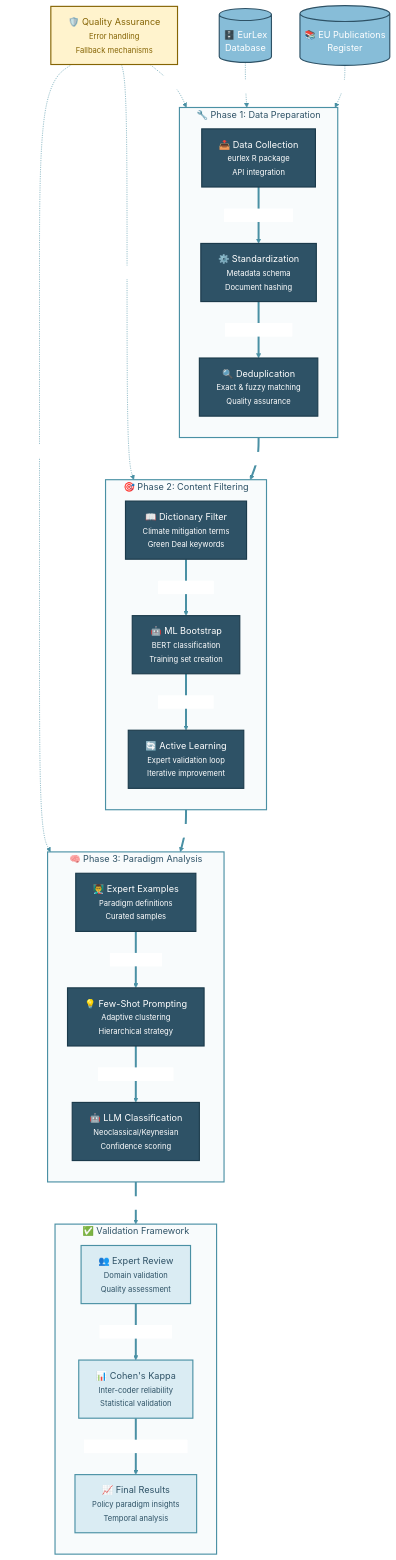
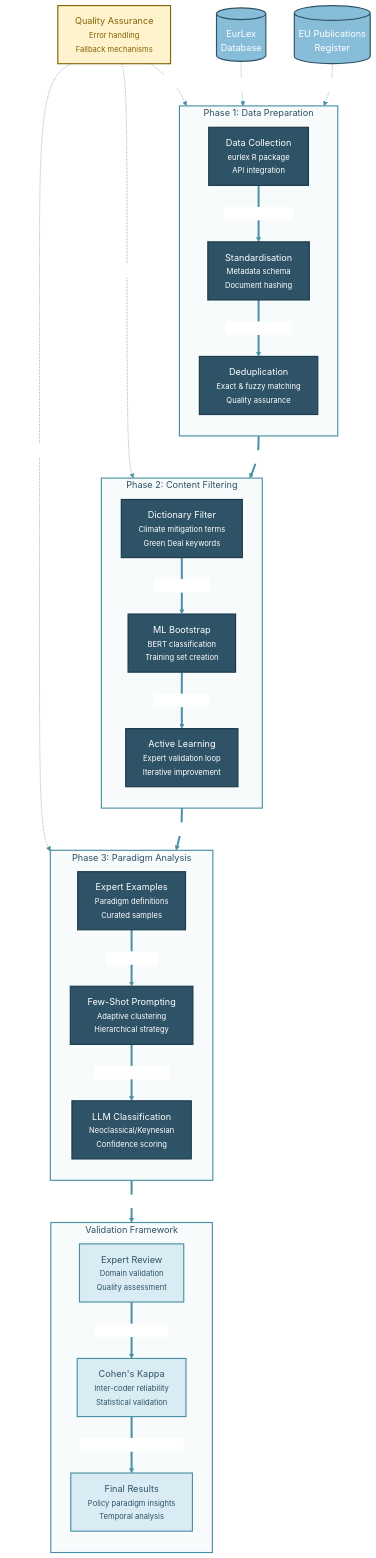
One commit to knutley/personal_AdJUST changed the diagram in docs/workflow.mmd. Above: the diagram before and after it, drawn with Mermaid.

```diff
--- a/docs/workflow.mmd
+++ b/docs/workflow.mmd
@@ -1,95 +1,95 @@
 %%{init: {
     'theme': 'base',
     'themeVariables': {
         'primaryColor': '#2E5266',
         'primaryTextColor': '#ffffff',
         'primaryBorderColor': '#1B3A4B',
         'lineColor': '#4A90A4',
         'secondaryColor': '#87BDD8',
         'tertiaryColor': '#DAECF3',
         'background': '#ffffff',
         'mainBkg': '#2E5266',
         'secondBkg': '#87BDD8',
         'tertiaryBkg': '#DAECF3',
         'clusterBkg': '#F8FBFC',
         'clusterBorder': '#4A90A4',
         'edgeLabelBackground': '#ffffff'
     }
 }}%%
 
 flowchart TD
     %% Data Sources
-    EurLex[("🗄️ EurLex<br/>Database")]
-    EuPubs[("📚 EU Publications<br/>Register")]
+    EurLex[("EurLex<br/>Database")]
+    EuPubs[("EU Publications<br/>Register")]
     
     %% Phase 1: Data Collection & Preparation
-    subgraph Phase1["🔧 Phase 1: Data Preparation"]
+    subgraph Phase1["Phase 1: Data Preparation"]
         direction TB
-        Collection["📥 Data Collection<br/><small>eurlex R package<br/>API integration</small>"]
-        Standard["⚙️ Standardization<br/><small>Metadata schema<br/>Document hashing</small>"]
-        Dedup["🔍 Deduplication<br/><small>Exact & fuzzy matching<br/>Quality assurance</small>"]
+        Collection["Data Collection<br/><small>eurlex R package<br/>API integration</small>"]
+        Standard["Standardisation<br/><small>Metadata schema<br/>Document hashing</small>"]
+        Dedup["Deduplication<br/><small>Exact & fuzzy matching<br/>Quality assurance</small>"]
     end
     
     %% Phase 2: Content Filtering
-    subgraph Phase2["🎯 Phase 2: Content Filtering"]
+    subgraph Phase2["Phase 2: Content Filtering"]
         direction TB
-        DictFilter["📖 Dictionary Filter<br/><small>Climate mitigation terms<br/>Green Deal keywords</small>"]
-        MLBootstrap["🤖 ML Bootstrap<br/><small>BERT classification<br/>Training set creation</small>"]
-        ActiveLearn["🔄 Active Learning<br/><small>Expert validation loop<br/>Iterative improvement</small>"]
+        DictFilter["Dictionary Filter<br/><small>Climate mitigation terms<br/>Green Deal keywords</small>"]
+        MLBootstrap["ML Bootstrap<br/><small>BERT classification<br/>Training set creation</small>"]
+        ActiveLearn["Active Learning<br/><small>Expert validation loop<br/>Iterative improvement</small>"]
     end
     
     %% Phase 3: Paradigm Classification
-    subgraph Phase3["🧠 Phase 3: Paradigm Analysis"]
+    subgraph Phase3["Phase 3: Paradigm Analysis"]
         direction TB
-        ExpertEx["👨‍🏫 Expert Examples<br/><small>Paradigm definitions<br/>Curated samples</small>"]
-        FewShot["💡 Few-Shot Prompting<br/><small>Adaptive clustering<br/>Hierarchical strategy</small>"]
-        LLMAnalysis["🤖 LLM Classification<br/><small>Neoclassical/Keynesian<br/>Confidence scoring</small>"]
+        ExpertEx["Expert Examples<br/><small>Paradigm definitions<br/>Curated samples</small>"]
+        FewShot["Few-Shot Prompting<br/><small>Adaptive clustering<br/>Hierarchical strategy</small>"]
+        LLMAnalysis["LLM Classification<br/><small>Neoclassical/Keynesian<br/>Confidence scoring</small>"]
     end
     
     %% Validation Layer
-    subgraph Validation["✅ Validation Framework"]
+    subgraph Validation["Validation Framework"]
         direction TB
-        ExpertReview["👥 Expert Review<br/><small>Domain validation<br/>Quality assessment</small>"]
-        CohenKappa["📊 Cohen's Kappa<br/><small>Inter-coder reliability<br/>Statistical validation</small>"]
-        FinalResults["📈 Final Results<br/><small>Policy paradigm insights<br/>Temporal analysis</small>"]
+        ExpertReview["Expert Review<br/><small>Domain validation<br/>Quality assessment</small>"]
+        CohenKappa["Cohen's Kappa<br/><small>Inter-coder reliability<br/>Statistical validation</small>"]
+        FinalResults["Final Results<br/><small>Policy paradigm insights<br/>Temporal analysis</small>"]
     end
     
     %% Quality Assurance
-    QA["🛡️ Quality Assurance<br/><small>Error handling<br/>Fallback mechanisms</small>"]
+    QA["Quality Assurance<br/><small>Error handling<br/>Fallback mechanisms</small>"]
     
     %% Flow connections with enhanced styling
     EurLex -.->|"API calls"| Collection
     EuPubs -.->|"Web scraping"| Collection
     
     Collection ==>|"Raw documents"| Standard
     Standard ==>|"Clean metadata"| Dedup
     Dedup ==>|"Unique corpus"| DictFilter
     
     DictFilter ==>|"Filtered docs"| MLBootstrap
     MLBootstrap ==>|"Training data"| ActiveLearn
     ActiveLearn ==>|"Validated corpus"| ExpertEx
     
     ExpertEx ==>|"Example set"| FewShot
     FewShot ==>|"Prompt templates"| LLMAnalysis
     LLMAnalysis ==>|"Classifications"| ExpertReview
     
     ExpertReview ==>|"Reviewed results"| CohenKappa
     CohenKappa ==>|"Validated classifications"| FinalResults
     
     %% Quality assurance connections
     QA -.->|"Monitors"| Phase1
     QA -.->|"Validates"| Phase2
     QA -.->|"Ensures quality"| Phase3
     
     %% Styling
     classDef phaseBox fill:#F8FBFC,stroke:#4A90A4,stroke-width:2px,color:#2E5266
     classDef dataSource fill:#87BDD8,stroke:#2E5266,stroke-width:2px,color:#ffffff
     classDef process fill:#2E5266,stroke:#1B3A4B,stroke-width:2px,color:#ffffff
     classDef validation fill:#DAECF3,stroke:#4A90A4,stroke-width:2px,color:#2E5266
     classDef qa fill:#FFF3CD,stroke:#856404,stroke-width:2px,color:#856404
     
     class Phase1,Phase2,Phase3,Validation phaseBox
     class EurLex,EuPubs dataSource
     class Collection,Standard,Dedup,DictFilter,MLBootstrap,ActiveLearn,ExpertEx,FewShot,LLMAnalysis process
     class ExpertReview,CohenKappa,FinalResults validation
     class QA qa
```
